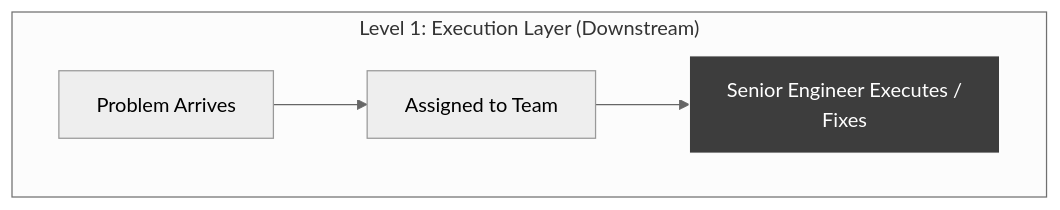
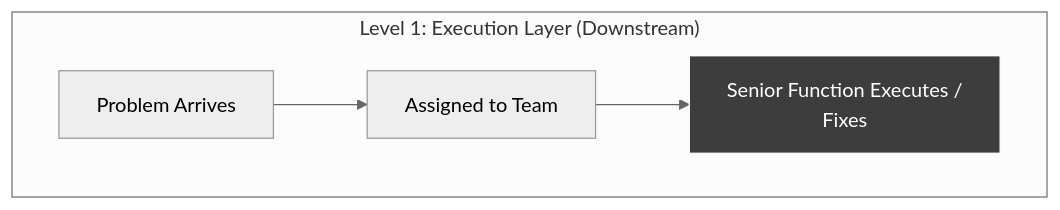
Before and after one commit to Shelbournator/thoughts: the first of 3 diagrams in _posts/2026-04-29-the-attending-architect.md, drawn with Mermaid (neutral theme). The commit also changed other lines of this file, not shown here.

````diff
--- a/_posts/2026-04-29-the-attending-architect.md
+++ b/_posts/2026-04-29-the-attending-architect.md
@@ -98,8 +98,8 @@
 ```mermaid
 graph TD
     subgraph "Level 1: Execution Layer (Downstream)"
-        E1["Problem Arrives"] --> E2["Assigned to Team"] --> E3["Senior Engineer Executes /<br> Fixes"]
+        E1["Problem Arrives"] --> E2["Assigned to Team"] --> E3["Senior Function Executes /<br> Fixes"]
     end
 
     style E3 fill:#3d3d3d,stroke:#fff,color:#fff
 ```
````
